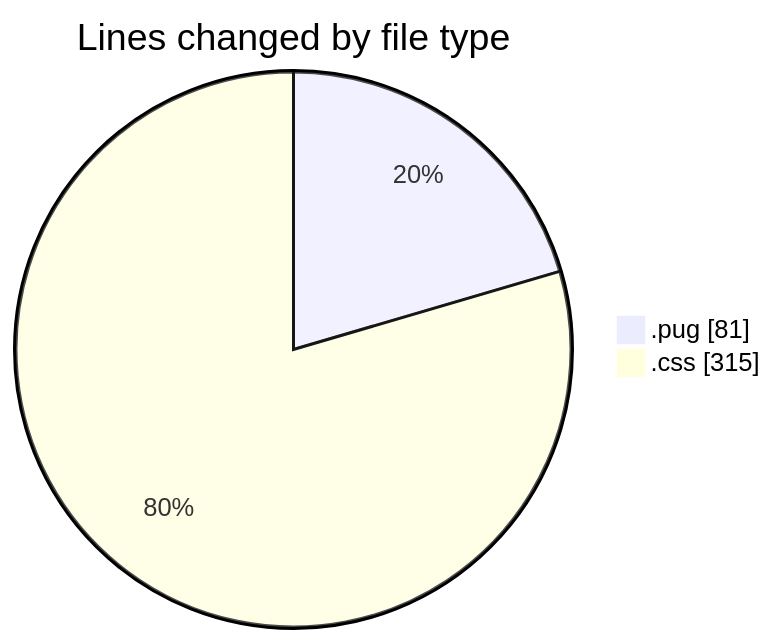
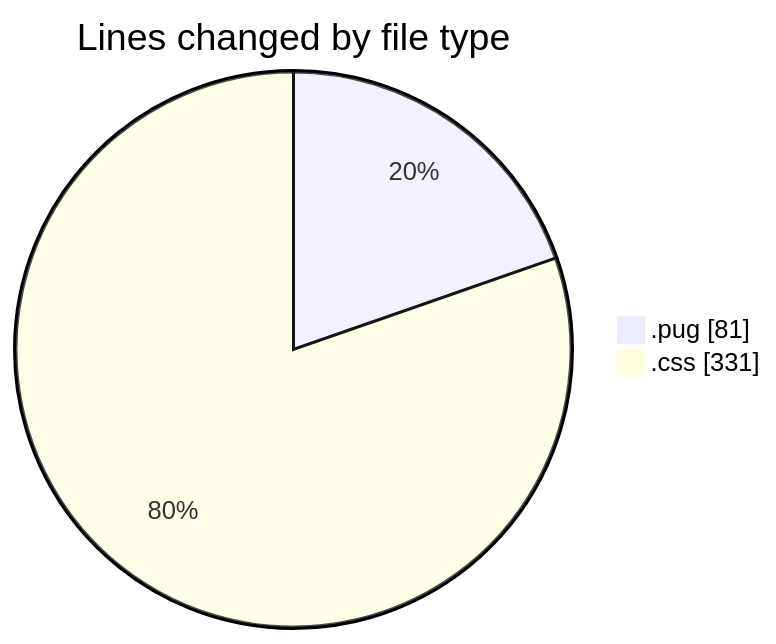
Before and after one commit to momahboobian/code-tracking: the first of 2 diagrams in 2025-11-05/cda/README.md, drawn with Mermaid. The commit also changed other lines of this file and 1 other file, not shown here.

````diff
--- a/2025-11-05/cda/README.md
+++ b/2025-11-05/cda/README.md
@@ -21,6 +21,6 @@
 ```mermaid
 pie showData
 title Lines changed by file type
 ".pug" : 81
-".css" : 315
+".css" : 331
 ```
````
